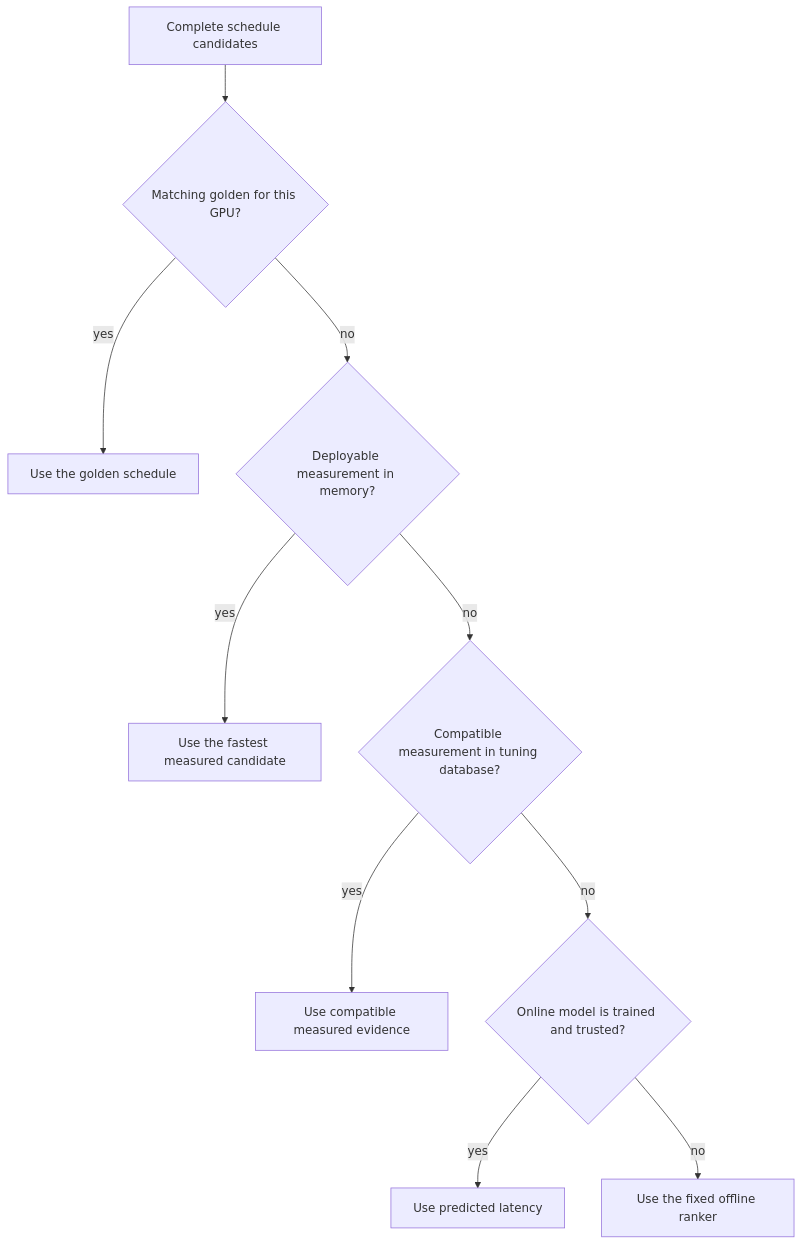
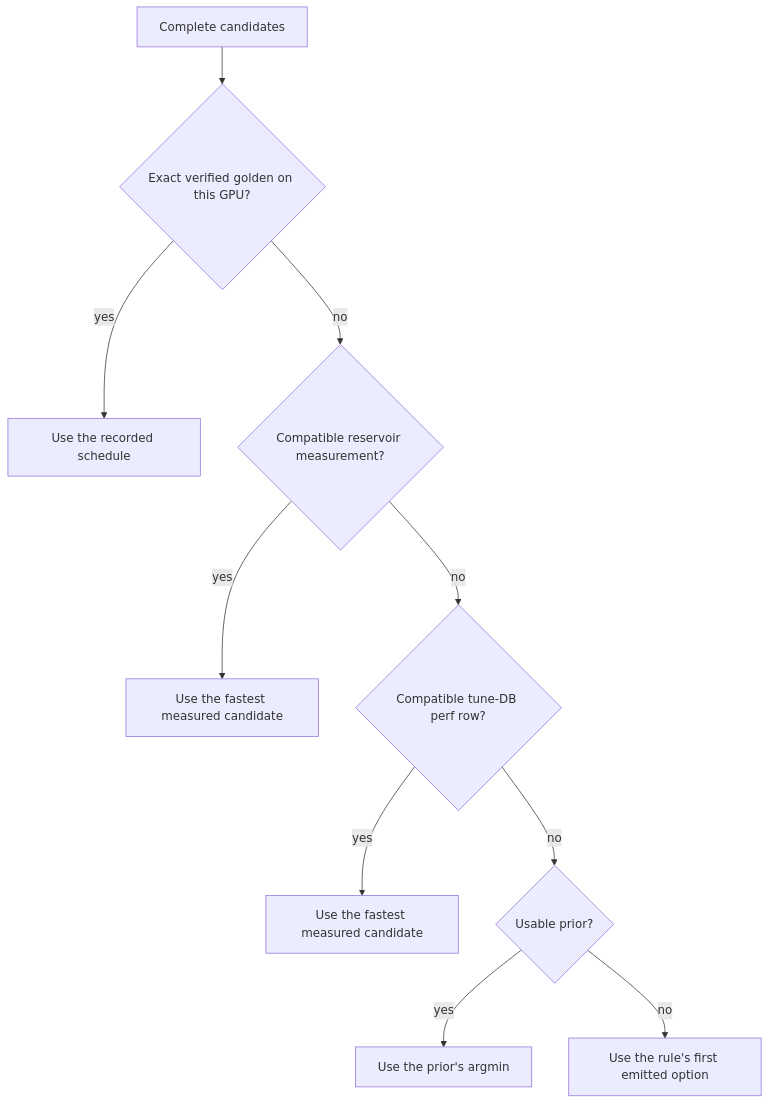
One commit to cloudrift-ai/emmy changed the first of 3 diagrams in docs/docs/course/prior_and_goldens.mdx. Above: the diagram before and after it, drawn with Mermaid. The commit also changed other lines of this file and 5 other files, not shown here.

````diff
--- a/docs/docs/course/prior_and_goldens.mdx
+++ b/docs/docs/course/prior_and_goldens.mdx
@@ -100,12 +86,12 @@
 ```mermaid
 flowchart TB
-    Start[Complete schedule candidates] --> G{Matching golden for this GPU?}
-    G -->|yes| PickG[Use the golden schedule]
-    G -->|no| R{Deployable measurement in memory?}
+    Start[Complete candidates] --> G{Exact verified golden on this GPU?}
+    G -->|yes| PickG[Use the recorded schedule]
+    G -->|no| R{Compatible reservoir measurement?}
     R -->|yes| PickR[Use the fastest measured candidate]
-    R -->|no| DB{Compatible measurement in tuning database?}
-    DB -->|yes| PickDB[Use compatible measured evidence]
-    DB -->|no| Online{Online model is trained and trusted?}
-    Online -->|yes| PickOnline[Use predicted latency]
-    Online -->|no| Offline[Use the fixed offline ranker]
+    R -->|no| DB{Compatible tune-DB perf row?}
+    DB -->|yes| PickDB[Use the fastest measured candidate]
+    DB -->|no| P{Usable prior?}
+    P -->|yes| PickP[Use the prior's argmin]
+    P -->|no| First[Use the rule's first emitted option]
 ```
````
